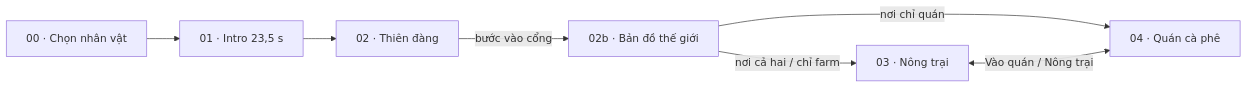
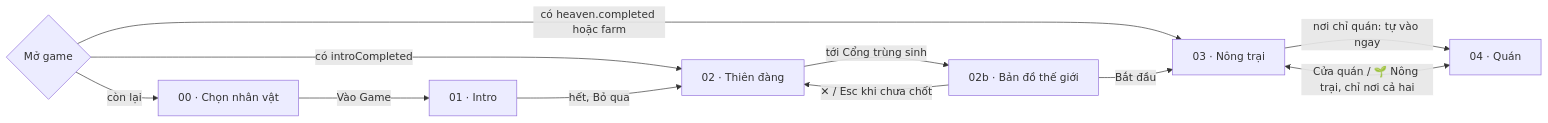
One commit to tahulk79/COG-CoffeeGame changed the diagram in docs/design/godbean-gdd.md. Above: the diagram before and after it, drawn with Mermaid. The commit also changed other lines of this file and 211 other files, not shown here.

````diff
--- a/docs/design/godbean-gdd.md
+++ b/docs/design/godbean-gdd.md
@@ -259,9 +248,13 @@
 ```mermaid
 flowchart LR
-    SEL[00 · Chọn nhân vật] --> INTRO[01 · Intro 23,5 s]
-    INTRO --> HEAVEN[02 · Thiên đàng]
-    HEAVEN -->|bước vào cổng| MAP[02b · Bản đồ thế giới]
-    MAP -->|nơi cả hai / chỉ farm| FARM[03 · Nông trại]
-    MAP -->|nơi chỉ quán| CAFE
-    FARM <-->|Vào quán / Nông trại| CAFE[04 · Quán cà phê]
+    BOOT{Mở game} -->|có heaven.completed hoặc farm| FARM
+    BOOT -->|có introCompleted| HEAVEN
+    BOOT -->|còn lại| SEL[00 · Chọn nhân vật]
+    SEL -->|Vào Game| INTRO[01 · Intro]
+    INTRO -->|hết, Bỏ qua| HEAVEN[02 · Thiên đàng]
+    HEAVEN -->|tới Cổng trùng sinh| MAP[02b · Bản đồ thế giới]
+    MAP -->|✕ / Esc khi chưa chốt| HEAVEN
+    MAP -->|Bắt đầu| FARM[03 · Nông trại]
+    FARM -->|nơi chỉ quán: tự vào ngay| CAFE[04 · Quán]
+    FARM <-->|Cửa quán / 🌱 Nông trại, chỉ nơi cả hai| CAFE
 ```
````
